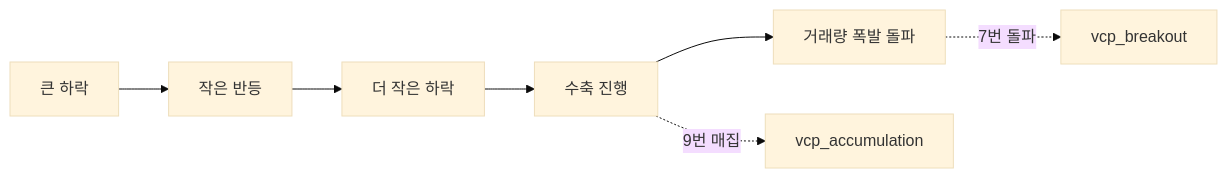
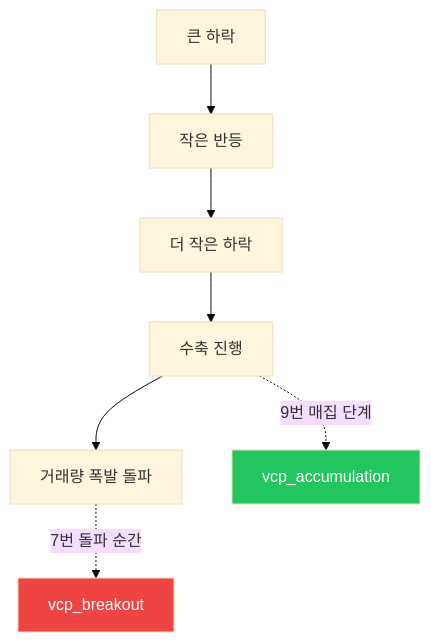
Before and after one commit to izzyLim/BIP-Pipeline: the fifth of 12 diagrams in docs/stock_screener_architecture.md, drawn with Mermaid (base theme). The commit also changed other lines of this file and 2 other files, not shown here.

First line of the commit message:
docs(stock_screener): v6.3 — 가독성 개선 + write-doc 다이어그램 가이드

````diff
--- a/docs/stock_screener_architecture.md
+++ b/docs/stock_screener_architecture.md
@@ -155,10 +154,12 @@
 ```mermaid
-flowchart LR
+flowchart TD
     A[큰 하락] --> B[작은 반등]
     B --> C[더 작은 하락]
     C --> D[수축 진행]
     D --> E[거래량 폭발 돌파]
+    D -.->|9번 매집 단계| F[vcp_accumulation]
+    E -.->|7번 돌파 순간| G[vcp_breakout]
     
-    D -.->|9번 매집| F[vcp_accumulation]
-    E -.->|7번 돌파| G[vcp_breakout]
+    style F fill:#22c55e,color:#fff
+    style G fill:#ef4444,color:#fff
 ```
````
